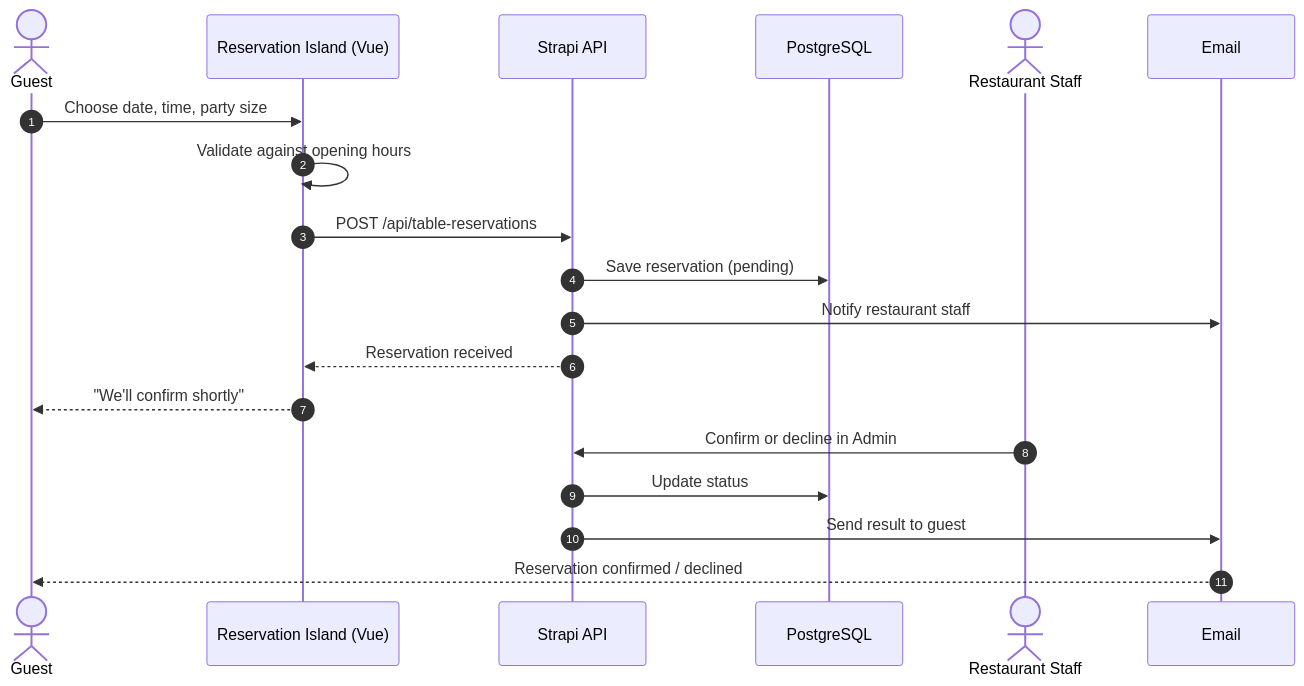
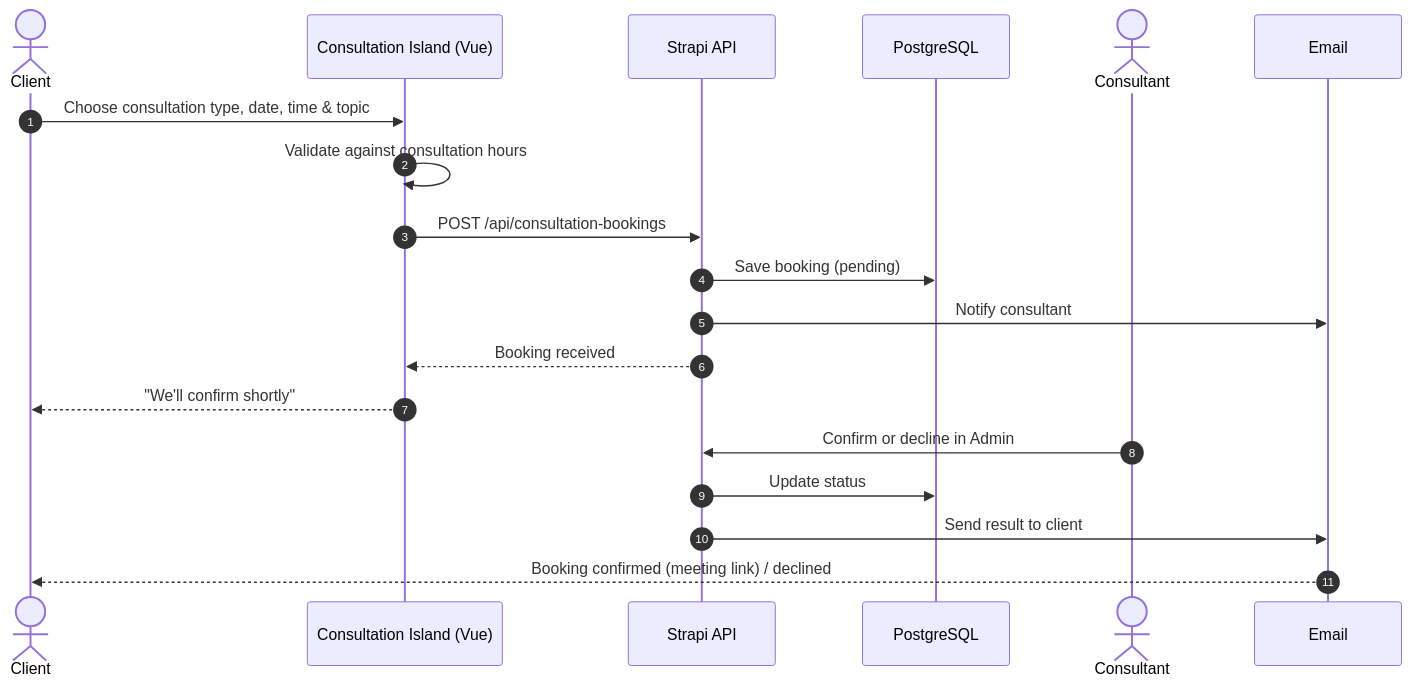
The seventh of 9 diagrams in docs/flows.md (AnggaWikaNugraha/fullstack-company-profile), drawn with Mermaid before and after one commit. The commit also changed other lines of this file and 6 other files, not shown here.

````diff
--- a/docs/flows.md
+++ b/docs/flows.md
@@ -218,22 +224,22 @@
 ```mermaid
 sequenceDiagram
     autonumber
-    actor G as Guest
-    participant W as Reservation Island (Vue)
+    actor C as Client
+    participant W as Consultation Island (Vue)
     participant S as Strapi API
     participant DB as PostgreSQL
-    actor St as Restaurant Staff
+    actor Co as Consultant
     participant E as Email
 
-    G->>W: Choose date, time, party size
-    W->>W: Validate against opening hours
-    W->>S: POST /api/table-reservations
-    S->>DB: Save reservation (pending)
-    S->>E: Notify restaurant staff
-    S-->>W: Reservation received
-    W-->>G: "We'll confirm shortly"
-    St->>S: Confirm or decline in Admin
+    C->>W: Choose consultation type, date, time & topic
+    W->>W: Validate against consultation hours
+    W->>S: POST /api/consultation-bookings
+    S->>DB: Save booking (pending)
+    S->>E: Notify consultant
+    S-->>W: Booking received
+    W-->>C: "We'll confirm shortly"
+    Co->>S: Confirm or decline in Admin
     S->>DB: Update status
-    S->>E: Send result to guest
-    E-->>G: Reservation confirmed / declined
+    S->>E: Send result to client
+    E-->>C: Booking confirmed (meeting link) / declined
 ```
````
